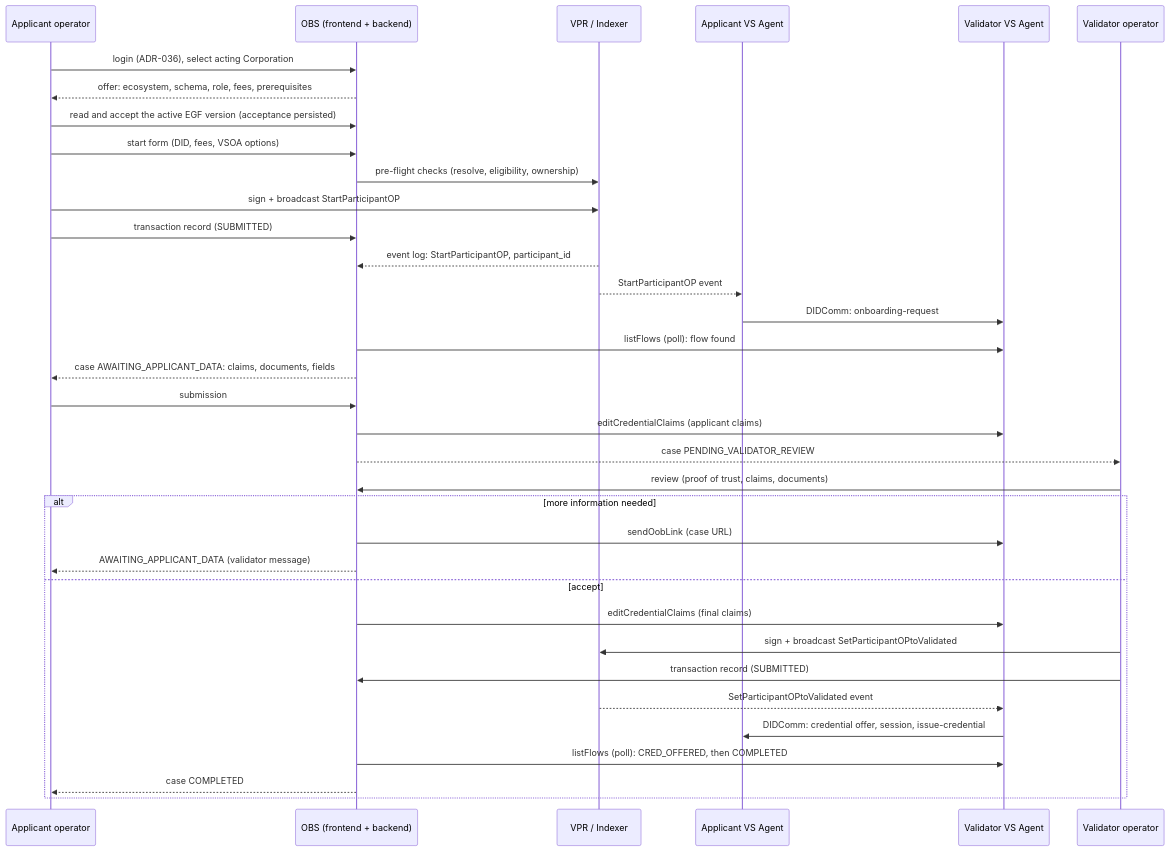
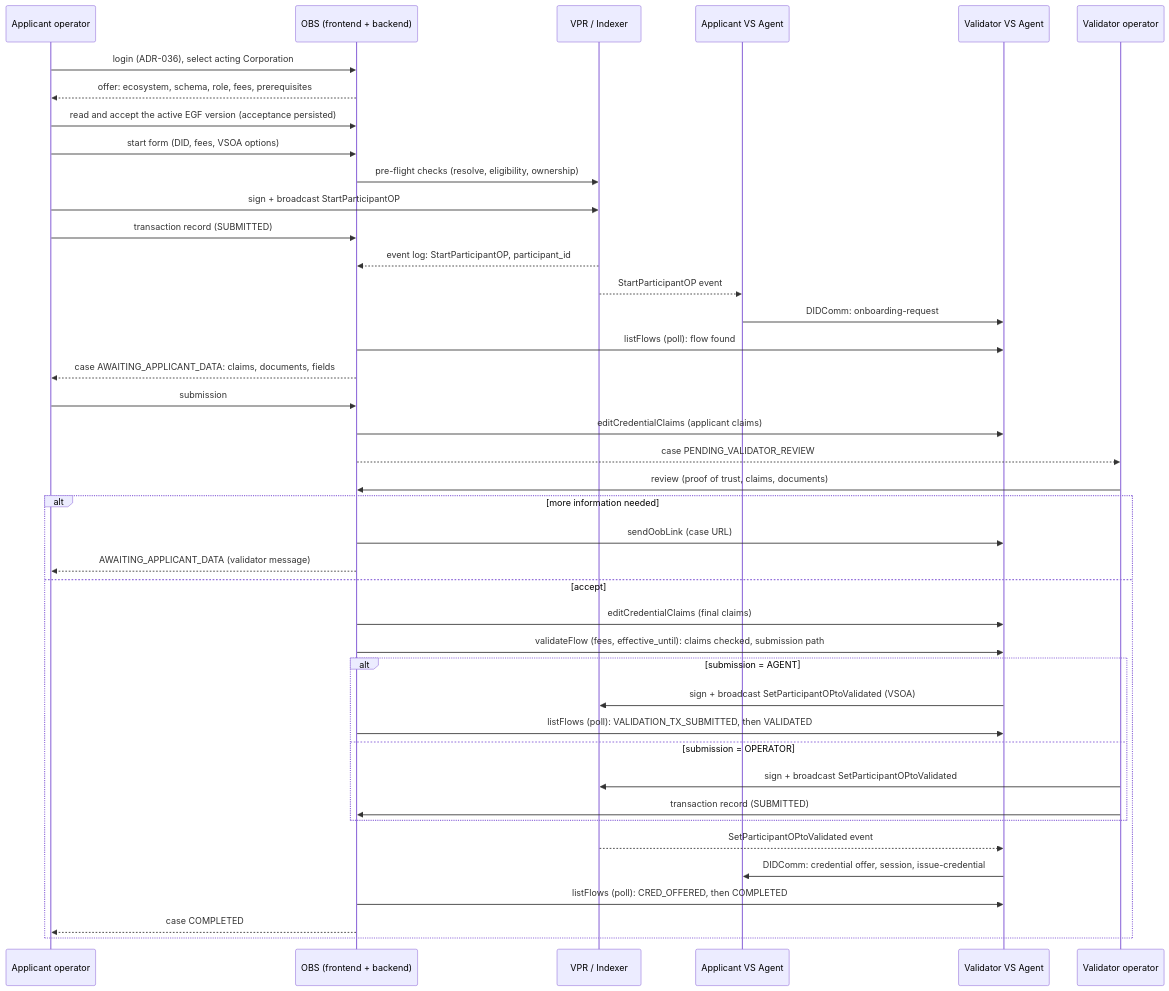
Before and after one commit to verana-labs/verana-spec: the second of 2 diagrams in v4/onboarding-service/spec.md, drawn with Mermaid. The commit also changed other lines of this file, not shown here.

First line of the commit message:
feat(obs): validateFlow-driven acceptance with agent or operator submission; rejection; validation failure and pending-claims handling

````diff
--- a/v4/onboarding-service/spec.md
+++ b/v4/onboarding-service/spec.md
@@ -93,38 +93,44 @@
 ```mermaid
 sequenceDiagram
     participant AU as Applicant operator
     participant P as OBS (frontend + backend)
     participant VPR as VPR / Indexer
     participant AA as Applicant VS Agent
     participant VA as Validator VS Agent
     participant VU as Validator operator
 
     AU->>P: login (ADR-036), select acting Corporation
     P-->>AU: offer: ecosystem, schema, role, fees, prerequisites
     AU->>P: read and accept the active EGF version (acceptance persisted)
     AU->>P: start form (DID, fees, VSOA options)
     P->>VPR: pre-flight checks (resolve, eligibility, ownership)
     AU->>VPR: sign + broadcast StartParticipantOP
     AU->>P: transaction record (SUBMITTED)
     VPR-->>P: event log: StartParticipantOP, participant_id
     VPR-->>AA: StartParticipantOP event
     AA->>VA: DIDComm: onboarding-request
     P->>VA: listFlows (poll): flow found
     P-->>AU: case AWAITING_APPLICANT_DATA: claims, documents, fields
     AU->>P: submission
     P->>VA: editCredentialClaims (applicant claims)
     P-->>VU: case PENDING_VALIDATOR_REVIEW
     VU->>P: review (proof of trust, claims, documents)
     alt more information needed
         P->>VA: sendOobLink (case URL)
         P-->>AU: AWAITING_APPLICANT_DATA (validator message)
     else accept
         P->>VA: editCredentialClaims (final claims)
-        VU->>VPR: sign + broadcast SetParticipantOPtoValidated
-        VU->>P: transaction record (SUBMITTED)
+        P->>VA: validateFlow (fees, effective_until): claims checked, submission path
+        alt submission = AGENT
+            VA->>VPR: sign + broadcast SetParticipantOPtoValidated (VSOA)
+            P->>VA: listFlows (poll): VALIDATION_TX_SUBMITTED, then VALIDATED
+        else submission = OPERATOR
+            VU->>VPR: sign + broadcast SetParticipantOPtoValidated
+            VU->>P: transaction record (SUBMITTED)
+        end
         VPR-->>VA: SetParticipantOPtoValidated event
         VA->>AA: DIDComm: credential offer, session, issue-credential
         P->>VA: listFlows (poll): CRED_OFFERED, then COMPLETED
         P-->>AU: case COMPLETED
     end
 ```
````
